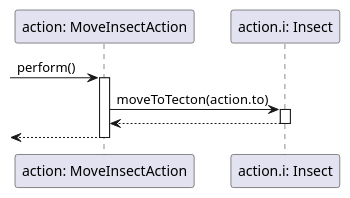
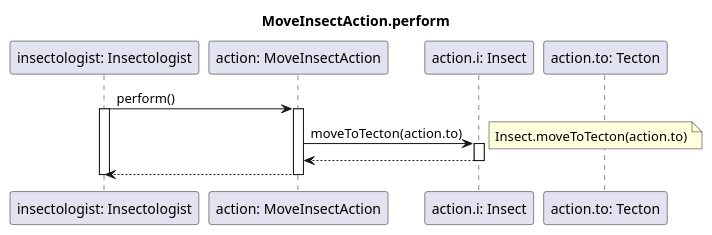
One commit to dzsem/projlab changed the diagram in diagrams/sequence/action/moveInsectAction.plantuml. Above: the diagram before and after it, drawn with PlantUML.

Commit message:
Fixed action/moveInsectAction

```diff
--- a/diagrams/sequence/action/moveInsectAction.plantuml
+++ b/diagrams/sequence/action/moveInsectAction.plantuml
@@ -1,18 +1,24 @@
 @startuml MoveInsectAction.perform
+title MoveInsectAction.perform
 
+participant "insectologist: Insectologist" as insectologist
 participant "action: MoveInsectAction" as mi_action
 participant "action.i: Insect" as insect
+participant "action.to: Tecton" as t
 
--> mi_action: perform()
+insectologist -> mi_action: perform()
+activate insectologist
 activate mi_action
 
 mi_action -> insect: moveToTecton(action.to)
 activate insect
+note right: Insect.moveToTecton(action.to)
 
 mi_action <-- insect
 deactivate insect
 
-<-- mi_action
+insectologist <-- mi_action
 deactivate mi_action
+deactivate insectologist
 
 @enduml
```
